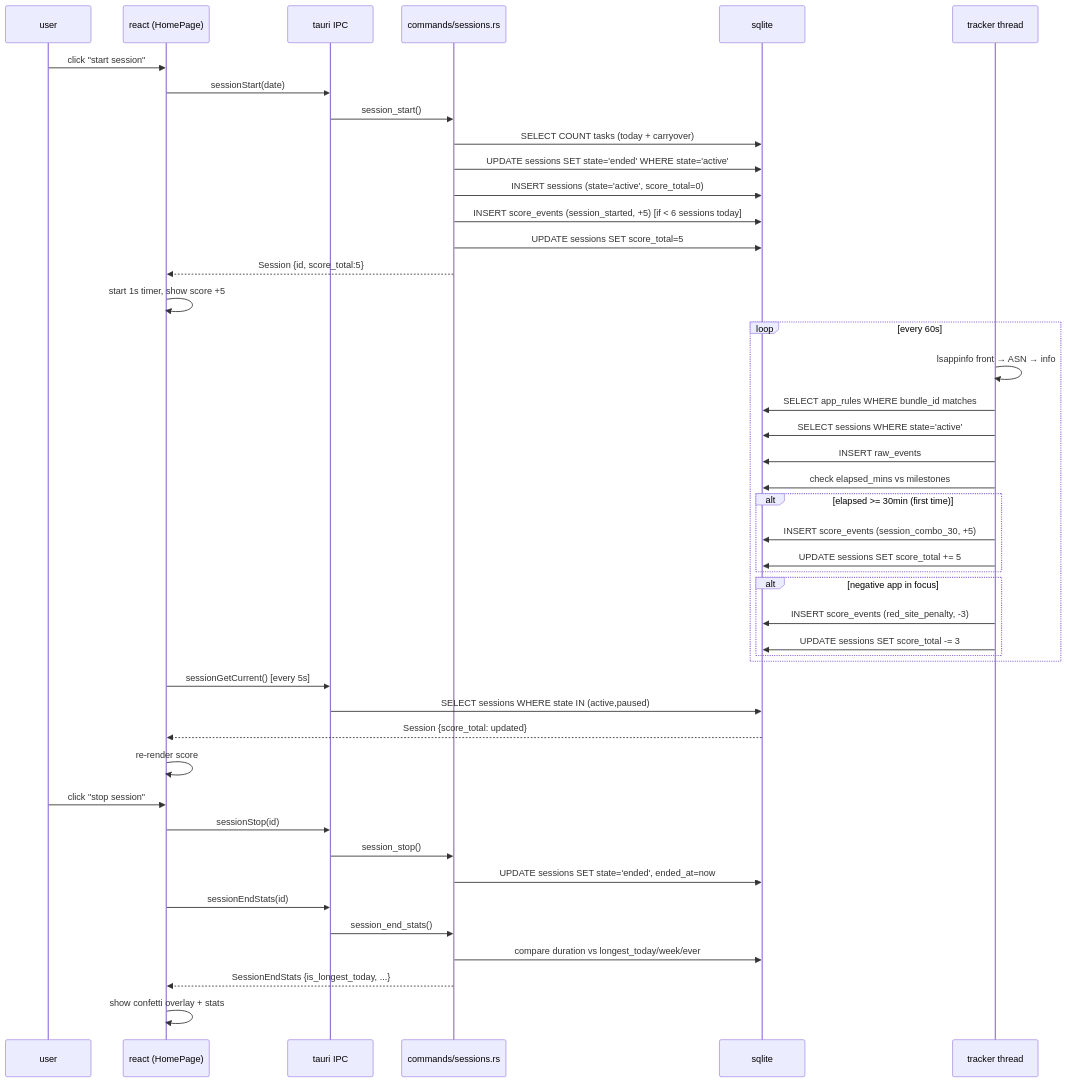
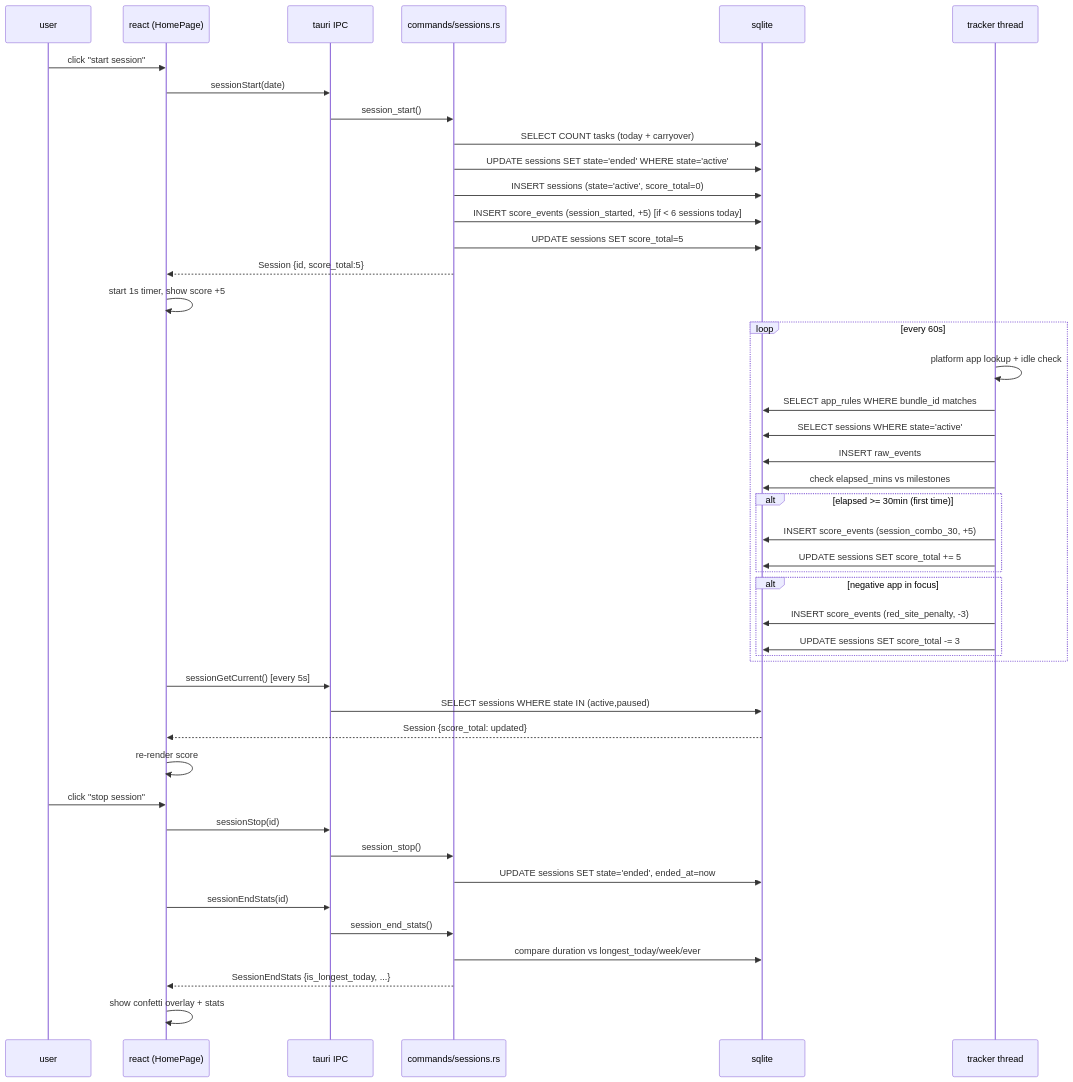
Before and after one commit to tharun571/dessert: the fourth of 5 diagrams in GRAPH.md, drawn with Mermaid. The commit also changed other lines of this file and 9 other files, not shown here.

````diff
--- a/GRAPH.md
+++ b/GRAPH.md
@@ -284,51 +284,51 @@
 ```mermaid
 sequenceDiagram
     participant U as user
     participant FE as react (HomePage)
     participant IPC as tauri IPC
     participant BE as commands/sessions.rs
     participant DB as sqlite
     participant TK as tracker thread
 
     U->>FE: click "start session"
     FE->>IPC: sessionStart(date)
     IPC->>BE: session_start()
     BE->>DB: SELECT COUNT tasks (today + carryover)
     BE->>DB: UPDATE sessions SET state='ended' WHERE state='active'
     BE->>DB: INSERT sessions (state='active', score_total=0)
     BE->>DB: INSERT score_events (session_started, +5) [if < 6 sessions today]
     BE->>DB: UPDATE sessions SET score_total=5
     BE-->>FE: Session {id, score_total:5}
     FE->>FE: start 1s timer, show score +5
 
     loop every 60s
-        TK->>TK: lsappinfo front → ASN → info
+        TK->>TK: platform app lookup + idle check
         TK->>DB: SELECT app_rules WHERE bundle_id matches
         TK->>DB: SELECT sessions WHERE state='active'
         TK->>DB: INSERT raw_events
         TK->>DB: check elapsed_mins vs milestones
         alt elapsed >= 30min (first time)
             TK->>DB: INSERT score_events (session_combo_30, +5)
             TK->>DB: UPDATE sessions SET score_total += 5
         end
         alt negative app in focus
             TK->>DB: INSERT score_events (red_site_penalty, -3)
             TK->>DB: UPDATE sessions SET score_total -= 3
         end
     end
 
     FE->>IPC: sessionGetCurrent() [every 5s]
     IPC->>DB: SELECT sessions WHERE state IN (active,paused)
     DB-->>FE: Session {score_total: updated}
     FE->>FE: re-render score
 
     U->>FE: click "stop session"
     FE->>IPC: sessionStop(id)
     IPC->>BE: session_stop()
     BE->>DB: UPDATE sessions SET state='ended', ended_at=now
     FE->>IPC: sessionEndStats(id)
     IPC->>BE: session_end_stats()
     BE->>DB: compare duration vs longest_today/week/ever
     BE-->>FE: SessionEndStats {is_longest_today, ...}
     FE->>FE: show confetti overlay + stats
 ```
````
